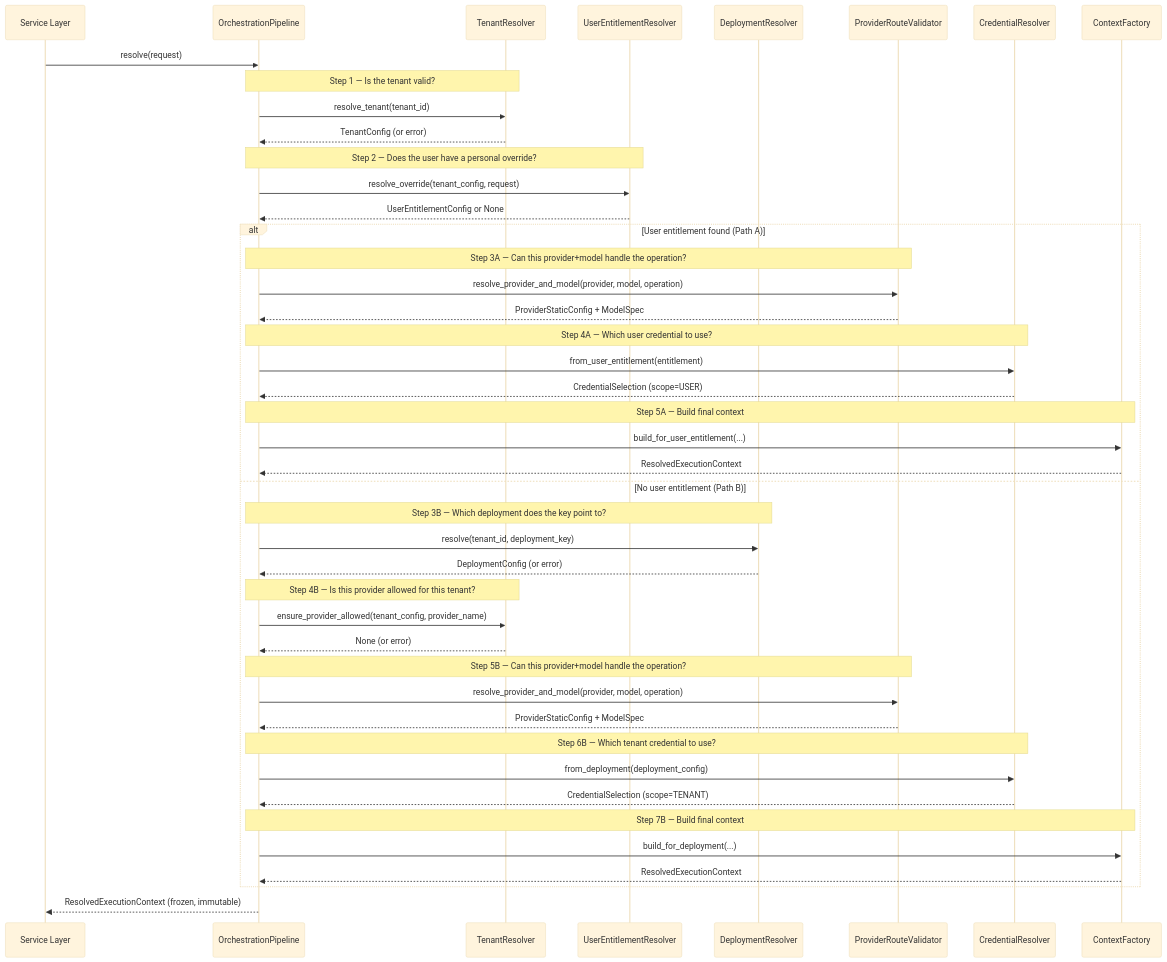
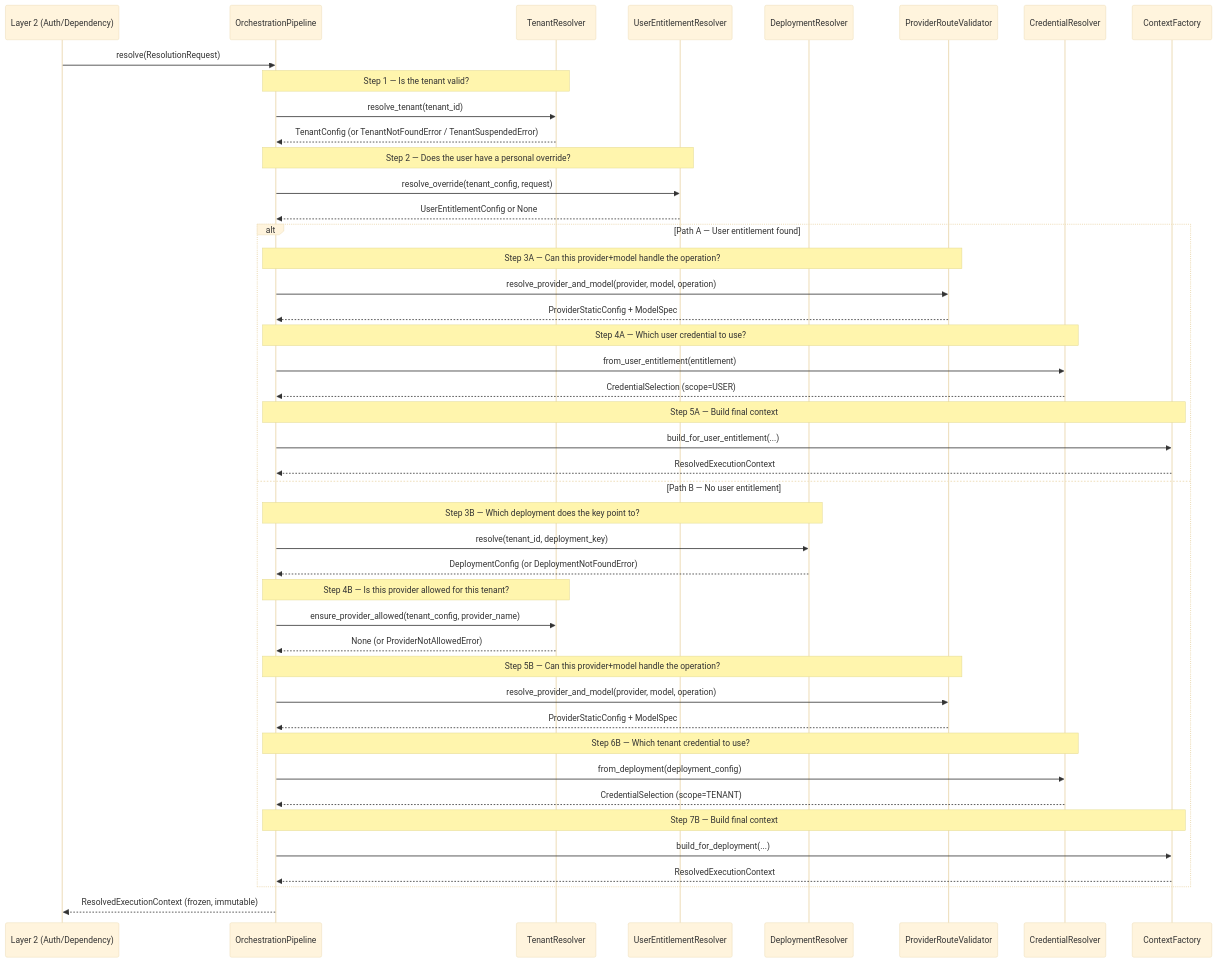
Before and after one commit to shubh2016shiv/llm-service: the diagram in app/inference_routing/inference-routing-reference.md, drawn with Mermaid (base theme). The commit also changed other lines of this file and 12 other files, not shown here.

Commit message:
Add architecture documentation and persistence adapters for inference routing

````diff
--- a/app/inference_routing/inference-routing-reference.md
+++ b/app/inference_routing/inference-routing-reference.md
@@ -72,58 +273,58 @@
 ```mermaid
 sequenceDiagram
-    participant Caller as Service Layer
+    participant Caller as Layer 2 (Auth/Dependency)
     participant Pipeline as OrchestrationPipeline
     participant Tenant as TenantResolver
     participant Entitlement as UserEntitlementResolver
     participant Deployment as DeploymentResolver
     participant Validator as ProviderRouteValidator
     participant Credential as CredentialResolver
     participant Factory as ContextFactory
 
-    Caller->>Pipeline: resolve(request)
+    Caller->>Pipeline: resolve(ResolutionRequest)
 
     Note over Pipeline,Tenant: Step 1 — Is the tenant valid?
     Pipeline->>Tenant: resolve_tenant(tenant_id)
-    Tenant-->>Pipeline: TenantConfig (or error)
+    Tenant-->>Pipeline: TenantConfig (or TenantNotFoundError / TenantSuspendedError)
 
     Note over Pipeline,Entitlement: Step 2 — Does the user have a personal override?
     Pipeline->>Entitlement: resolve_override(tenant_config, request)
     Entitlement-->>Pipeline: UserEntitlementConfig or None
 
-    alt User entitlement found (Path A)
+    alt Path A — User entitlement found
         Note over Pipeline,Validator: Step 3A — Can this provider+model handle the operation?
         Pipeline->>Validator: resolve_provider_and_model(provider, model, operation)
         Validator-->>Pipeline: ProviderStaticConfig + ModelSpec
 
         Note over Pipeline,Credential: Step 4A — Which user credential to use?
         Pipeline->>Credential: from_user_entitlement(entitlement)
         Credential-->>Pipeline: CredentialSelection (scope=USER)
 
         Note over Pipeline,Factory: Step 5A — Build final context
         Pipeline->>Factory: build_for_user_entitlement(...)
         Factory-->>Pipeline: ResolvedExecutionContext
 
-    else No user entitlement (Path B)
+    else Path B — No user entitlement
         Note over Pipeline,Deployment: Step 3B — Which deployment does the key point to?
         Pipeline->>Deployment: resolve(tenant_id, deployment_key)
-        Deployment-->>Pipeline: DeploymentConfig (or error)
+        Deployment-->>Pipeline: DeploymentConfig (or DeploymentNotFoundError)
 
         Note over Pipeline,Tenant: Step 4B — Is this provider allowed for this tenant?
         Pipeline->>Tenant: ensure_provider_allowed(tenant_config, provider_name)
-        Tenant-->>Pipeline: None (or error)
+        Tenant-->>Pipeline: None (or ProviderNotAllowedError)
 
         Note over Pipeline,Validator: Step 5B — Can this provider+model handle the operation?
         Pipeline->>Validator: resolve_provider_and_model(provider, model, operation)
         Validator-->>Pipeline: ProviderStaticConfig + ModelSpec
 
         Note over Pipeline,Credential: Step 6B — Which tenant credential to use?
         Pipeline->>Credential: from_deployment(deployment_config)
         Credential-->>Pipeline: CredentialSelection (scope=TENANT)
 
         Note over Pipeline,Factory: Step 7B — Build final context
         Pipeline->>Factory: build_for_deployment(...)
         Factory-->>Pipeline: ResolvedExecutionContext
     end
 
     Pipeline-->>Caller: ResolvedExecutionContext (frozen, immutable)
 ```
````
